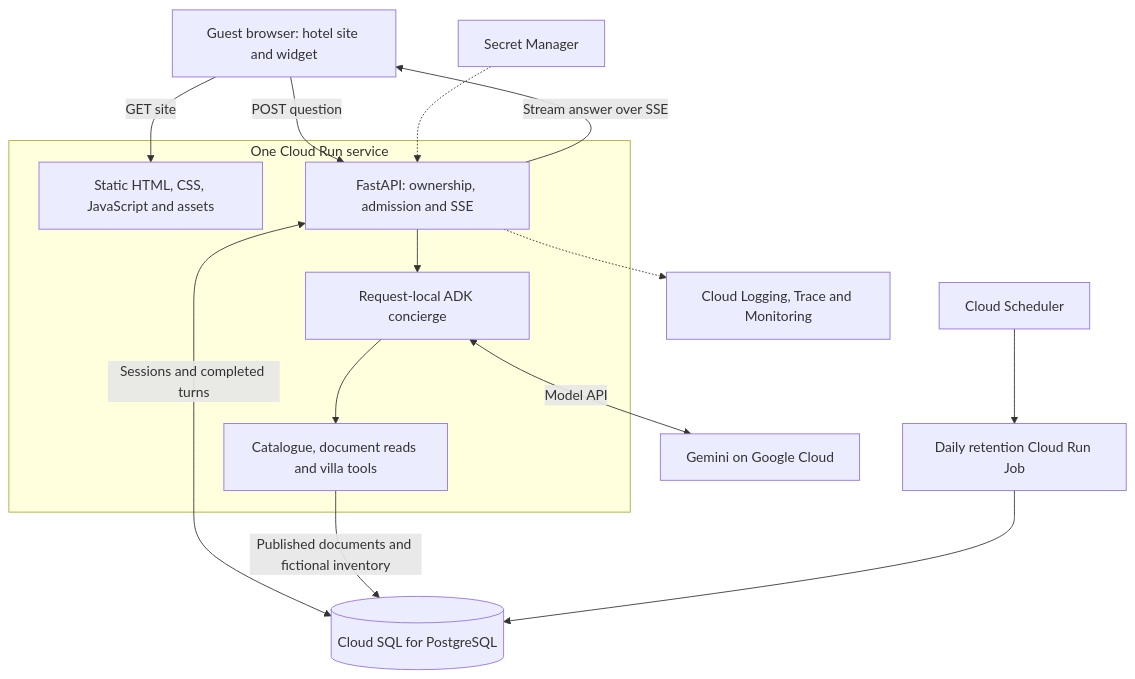
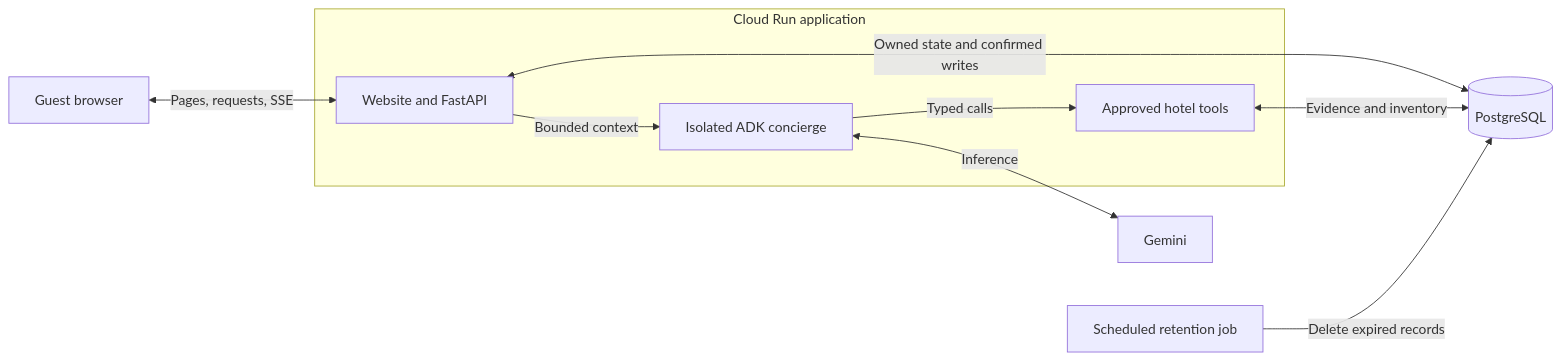
One commit to the-ai-engineer/hotel-ai-agent changed the first of 2 diagrams in docs/Architecture.md. Above: the diagram before and after it, drawn with Mermaid. The commit also changed other lines of this file and 1 other file, not shown here.

Commit message:
docs: refine hotel requirements and architecture

````diff
--- a/docs/Architecture.md
+++ b/docs/Architecture.md
@@ -14,21 +23,16 @@
 ```mermaid
-flowchart TB
-    Guest[Guest browser: hotel site and widget]
-    subgraph Service[One Cloud Run service]
-        Site[Static HTML, CSS, JavaScript and assets]
-        API[FastAPI: ownership, admission and SSE]
-        Agent[Request-local ADK concierge]
-        Tools[Catalogue, document reads and villa tools]
-        API --> Agent --> Tools
+flowchart LR
+    Guest[Guest browser]
+    subgraph Service[Cloud Run application]
+        Web[Website and FastAPI]
+        Agent[Isolated ADK concierge]
+        Tools[Approved hotel tools]
+        Web -->|Bounded context| Agent
+        Agent -->|Typed calls| Tools
     end
-    Guest -->|GET site| Site
-    Guest -->|POST question| API
-    API -->|Stream answer over SSE| Guest
-    Agent <-->|Model API| Gemini[Gemini on Google Cloud]
-    API <-->|Sessions and completed turns| DB[(Cloud SQL for PostgreSQL)]
-    Tools -->|Published documents and fictional inventory| DB
-    Secrets[Secret Manager] -.-> API
-    API -.-> Ops[Cloud Logging, Trace and Monitoring]
-    Scheduler[Cloud Scheduler] --> Cleanup[Daily retention Cloud Run Job]
-    Cleanup --> DB
+    Guest <-->|Pages, requests, SSE| Web
+    Agent <-->|Inference| Gemini[Gemini]
+    Web <-->|Owned state and confirmed writes| DB[(PostgreSQL)]
+    Tools <-->|Evidence and inventory| DB
+    Maintenance[Scheduled retention job] -->|Delete expired records| DB
 ```
````
